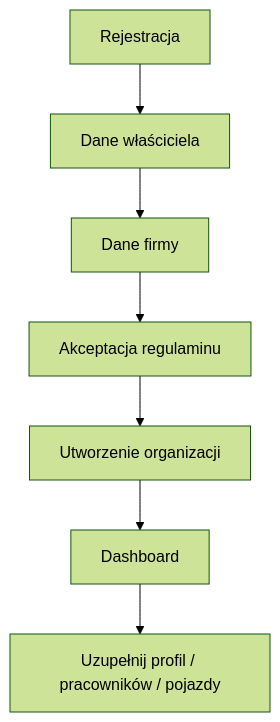
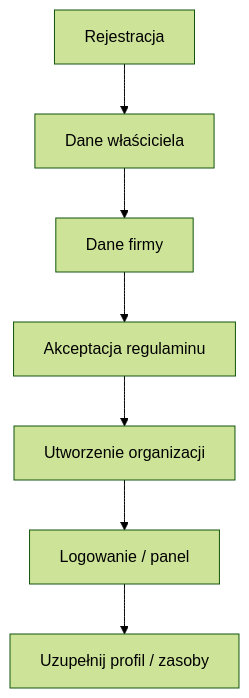
One commit to prawkonaraz100/osk-panel changed the first of 7 diagrams in docs/03-user-flows.md. Above: the diagram before and after it, drawn with Mermaid (forest theme). The commit also changed other lines of this file, not shown here.

Commit message:
Expand verified user flows and state transitions

````diff
--- a/docs/03-user-flows.md
+++ b/docs/03-user-flows.md
@@ -5,9 +7,9 @@
 ```mermaid
 flowchart TD
 A[Rejestracja] --> B[Dane właściciela]
 B --> C[Dane firmy]
 C --> D[Akceptacja regulaminu]
 D --> E[Utworzenie organizacji]
-E --> F[Dashboard]
-F --> G[Uzupełnij profil / pracowników / pojazdy]
+E --> F[Logowanie / panel]
+F --> G[Uzupełnij profil / zasoby]
 ```
````
